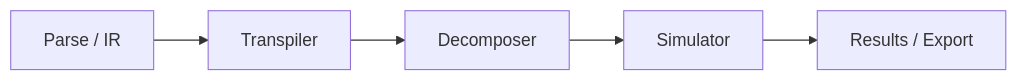
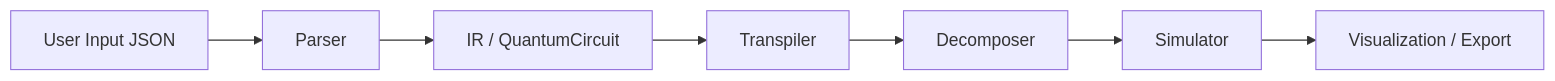
Before and after one commit to qayumXD/qayumXD.github.io: the diagram in src/docs/quantum-virtual-machine.md, drawn with Mermaid. The commit also changed other lines of this file, not shown here.

````diff
--- a/src/docs/quantum-virtual-machine.md
+++ b/src/docs/quantum-virtual-machine.md
@@ -19,7 +34,9 @@
 ```mermaid
 flowchart LR
-  A[Parse / IR] --> B[Transpiler]
-  B --> C[Decomposer]
-  C --> D[Simulator]
-  D --> E[Results / Export]
+  A[User Input JSON] --> B[Parser]
+  B --> C[IR / QuantumCircuit]
+  C --> D[Transpiler]
+  D --> E[Decomposer]
+  E --> F[Simulator]
+  F --> G[Visualization / Export]
 ```
````
